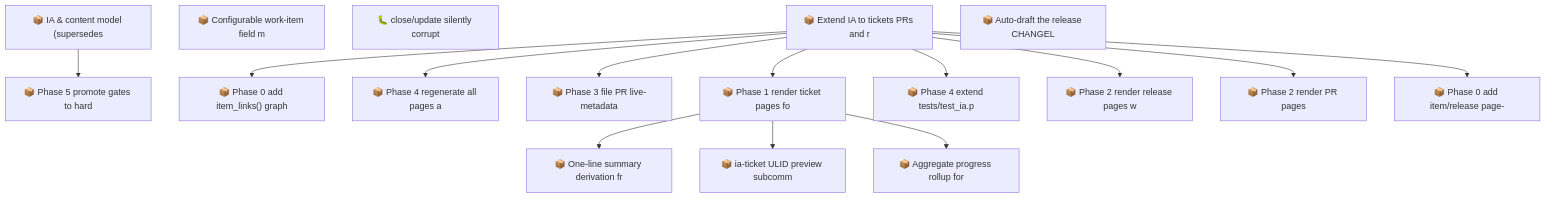
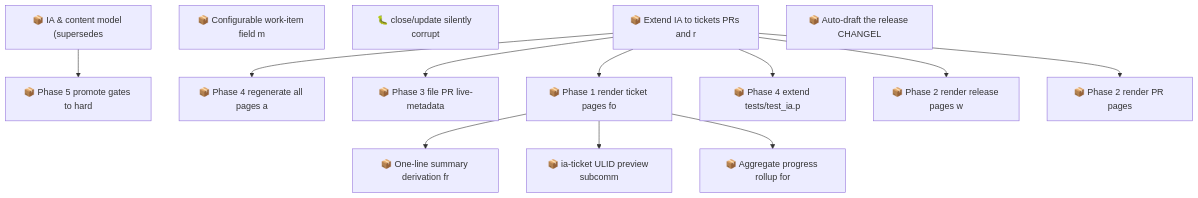
The second of 2 diagrams in docs/roadmap.md (SpillwaveSolutions/wiki_ticket_sdd), drawn with Mermaid before and after one commit. The commit also changed other lines of this file and 11 other files, not shown here.

First line of the commit message:
feat(ia): Phase 0 foundation for artifact pages — page-name + graph helpers

````diff
--- a/docs/roadmap.md
+++ b/docs/roadmap.md
@@ -114,32 +108,28 @@
 ```mermaid
 graph TD
     01KY5G9ZW0H2YMNWDFJYGRPYE5["📦 IA & content model (supersedes"]
     01KY5G9ZW0RABXWHEMEP1FAV2G["📦 Phase 5 promote gates to hard"]
     01KY5NE0ZYGBWG44N0KPEBFCZ8["📦 Configurable work-item field m"]
     01KYA99TVCGX79HFNHN1DVT7Y6["🐛 close/update silently corrupt"]
-    01KYABYEQP3YCB9AVHRPCTCMRS["📦 Phase 0 add item_links() graph"]
     01KYABYEQP8ANXGYPBCV2T20D8["📦 Extend IA to tickets PRs and r"]
     01KYABYEQP9FDY8THDV79F324G["📦 One-line summary derivation fr"]
     01KYABYEQPAFJM7WC3XZV6YY76["📦 ia-ticket ULID preview subcomm"]
     01KYABYEQPDS2VFQKQ7B6YXZVR["📦 Phase 4 regenerate all pages a"]
     01KYABYEQPF8N2K26ENRKREE0W["📦 Phase 3 file PR live-metadata"]
     01KYABYEQPK6PV87WNZXEYRB12["📦 Phase 1 render ticket pages fo"]
     01KYABYEQPNK7HHH5CMAR2V1JG["📦 Phase 4 extend tests/test_ia.p"]
     01KYABYEQPP82DJEN19F43YRAE["📦 Phase 2 render release pages w"]
     01KYABYEQPRM8308SYFPR8X437["📦 Aggregate progress rollup for"]
     01KYABYEQPW8Q2RGGTNP71W88E["📦 Phase 2 render PR pages"]
-    01KYABYEQPXZAAY0VWF6Z8TQ27["📦 Phase 0 add item/release page-"]
     01KYAC0AC01R4C6W7YY1X8NVRV["📦 Auto-draft the release CHANGEL"]
     01KY5G9ZW0H2YMNWDFJYGRPYE5 --> 01KY5G9ZW0RABXWHEMEP1FAV2G
-    01KYABYEQP8ANXGYPBCV2T20D8 --> 01KYABYEQP3YCB9AVHRPCTCMRS
     01KYABYEQPK6PV87WNZXEYRB12 --> 01KYABYEQP9FDY8THDV79F324G
     01KYABYEQPK6PV87WNZXEYRB12 --> 01KYABYEQPAFJM7WC3XZV6YY76
     01KYABYEQP8ANXGYPBCV2T20D8 --> 01KYABYEQPDS2VFQKQ7B6YXZVR
     01KYABYEQP8ANXGYPBCV2T20D8 --> 01KYABYEQPF8N2K26ENRKREE0W
     01KYABYEQP8ANXGYPBCV2T20D8 --> 01KYABYEQPK6PV87WNZXEYRB12
     01KYABYEQP8ANXGYPBCV2T20D8 --> 01KYABYEQPNK7HHH5CMAR2V1JG
     01KYABYEQP8ANXGYPBCV2T20D8 --> 01KYABYEQPP82DJEN19F43YRAE
     01KYABYEQPK6PV87WNZXEYRB12 --> 01KYABYEQPRM8308SYFPR8X437
     01KYABYEQP8ANXGYPBCV2T20D8 --> 01KYABYEQPW8Q2RGGTNP71W88E
-    01KYABYEQP8ANXGYPBCV2T20D8 --> 01KYABYEQPXZAAY0VWF6Z8TQ27
 ```
````
